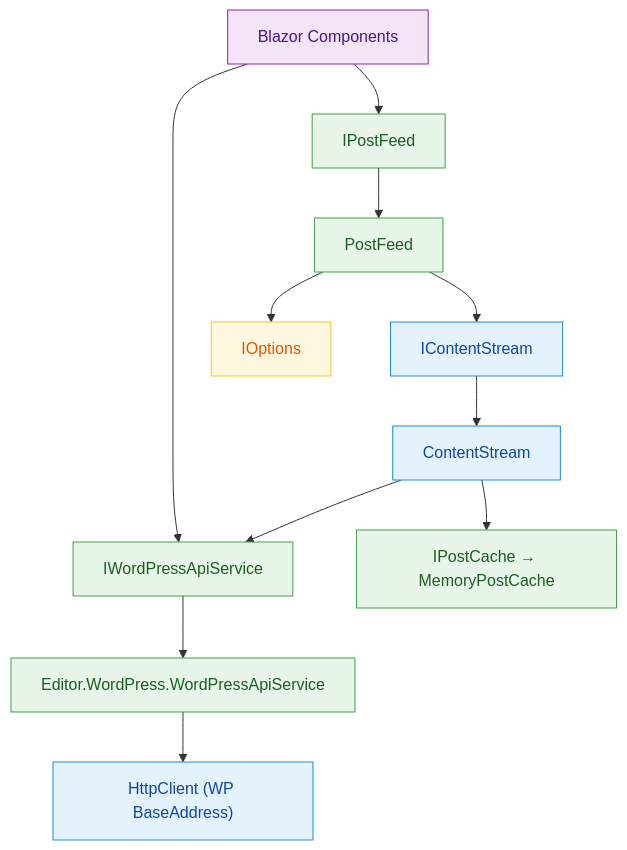
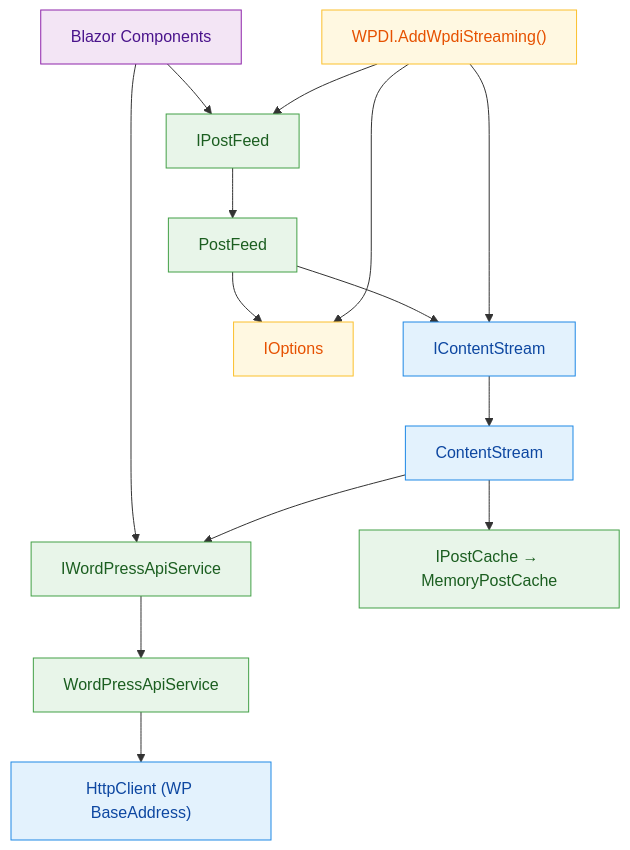
The second of 2 diagrams in e2e/blazor_wp_di_hierarchy_mermaid.md (tng-coop/wp-yasuaki), drawn with Mermaid before and after one commit. The commit also changed other lines of this file and 9 other files, not shown here.

````diff
--- a/e2e/blazor_wp_di_hierarchy_mermaid.md
+++ b/e2e/blazor_wp_di_hierarchy_mermaid.md
@@ -43,36 +48,47 @@
 ```mermaid
 graph TD
   classDef scoped fill:#e3f2fd,stroke:#1e88e5,color:#0d47a1;
   classDef singleton fill:#e8f5e9,stroke:#43a047,color:#1b5e20;
   classDef options fill:#fff8e1,stroke:#fbc02d,color:#e65100;
   classDef component fill:#f3e5f5,stroke:#8e24aa,color:#4a148c;
+  classDef di fill:#fff8e1,stroke:#fbc02d,color:#e65100;
 
   C["Blazor Components"]:::component
 
   IApi["IWordPressApiService"]:::singleton
-  Api["Editor.WordPress.WordPressApiService"]:::singleton
+  Api["WordPressApiService"]:::singleton
   HCWP["HttpClient (WP BaseAddress)"]:::scoped
 
   IFeed["IPostFeed"]:::singleton
   Feed["PostFeed"]:::singleton
+
   IStream["IContentStream"]:::scoped
   Stream["ContentStream"]:::scoped
+
   Cache["IPostCache → MemoryPostCache"]:::singleton
   SOpts["IOptions<StreamOptions>"]:::options
+
+  WPDI["WPDI.AddWpdiStreaming()"]:::di
 
   %% Consumers
   C --> IFeed
   C --> IApi
 
   %% Feed wiring
   IFeed --> Feed
   Feed --> IStream
   Feed --> SOpts
 
   IStream --> Stream
   Stream --> IApi
   Stream --> Cache
 
   IApi --> Api
   Api --> HCWP
+
+  %% Registration
+  WPDI --> IFeed
+  WPDI --> IStream
+  WPDI --> SOpts
+
 ```
````
